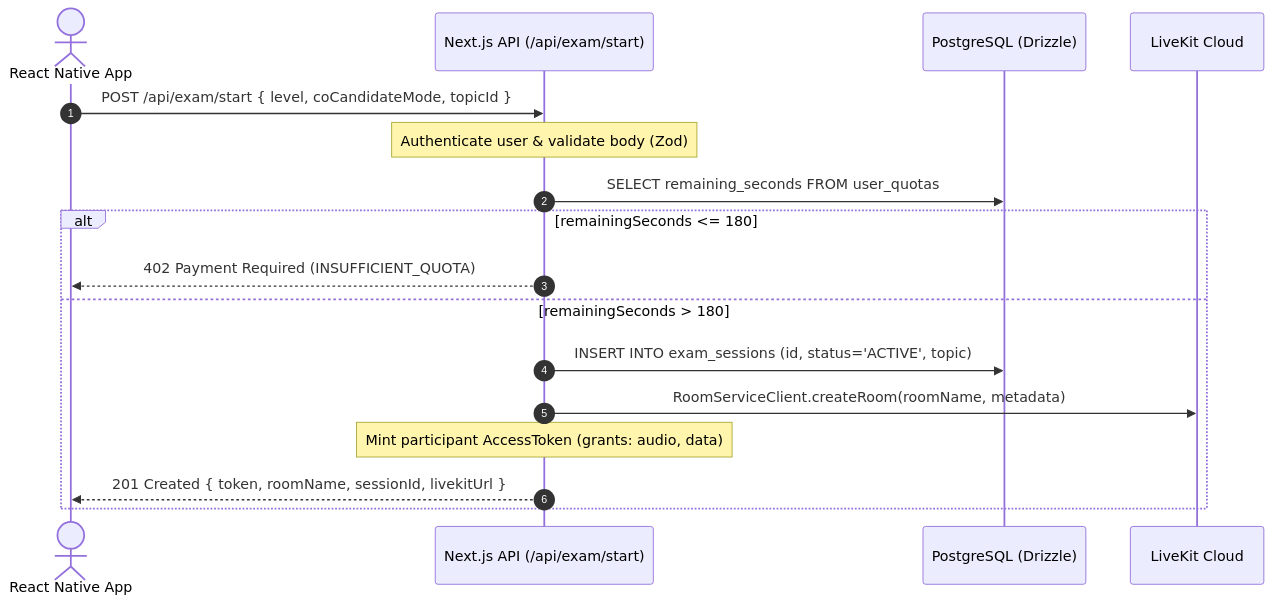
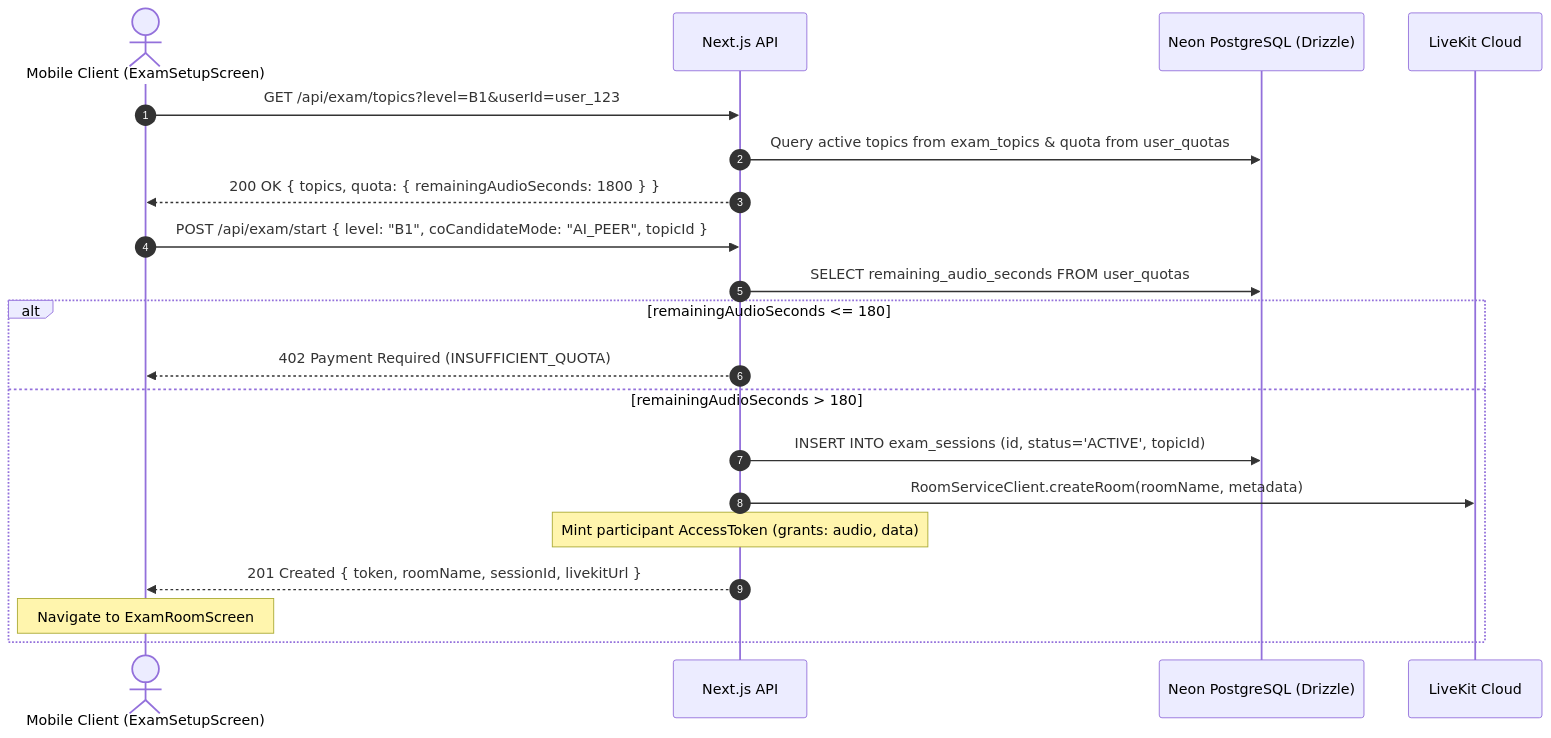
Before and after one commit to mujtabanaqvi/norsk-app: the first of 3 diagrams in docs/ARCHITECTURE.md, drawn with Mermaid. The commit also changed other lines of this file and 13 other files, not shown here.

````diff
--- a/docs/ARCHITECTURE.md
+++ b/docs/ARCHITECTURE.md
@@ -54,20 +60,24 @@
 ```mermaid
 sequenceDiagram
     autonumber
-    actor Candidate as React Native App
-    participant ControlPlane as Next.js API (/api/exam/start)
-    participant DB as PostgreSQL (Drizzle)
+    actor Candidate as Mobile Client (ExamSetupScreen)
+    participant ControlPlane as Next.js API
+    participant DB as Neon PostgreSQL (Drizzle)
     participant LiveKit as LiveKit Cloud
 
-    Candidate->>ControlPlane: POST /api/exam/start { level, coCandidateMode, topicId }
-    Note over ControlPlane: Authenticate user & validate body (Zod)
-    ControlPlane->>DB: SELECT remaining_seconds FROM user_quotas
-    alt remainingSeconds <= 180
+    Candidate->>ControlPlane: GET /api/exam/topics?level=B1&userId=user_123
+    ControlPlane->>DB: Query active topics from exam_topics & quota from user_quotas
+    ControlPlane-->>Candidate: 200 OK { topics, quota: { remainingAudioSeconds: 1800 } }
+
+    Candidate->>ControlPlane: POST /api/exam/start { level: "B1", coCandidateMode: "AI_PEER", topicId }
+    ControlPlane->>DB: SELECT remaining_audio_seconds FROM user_quotas
+    alt remainingAudioSeconds <= 180
         ControlPlane-->>Candidate: 402 Payment Required (INSUFFICIENT_QUOTA)
-    else remainingSeconds > 180
-        ControlPlane->>DB: INSERT INTO exam_sessions (id, status='ACTIVE', topic)
+    else remainingAudioSeconds > 180
+        ControlPlane->>DB: INSERT INTO exam_sessions (id, status='ACTIVE', topicId)
         ControlPlane->>LiveKit: RoomServiceClient.createRoom(roomName, metadata)
         Note over ControlPlane: Mint participant AccessToken (grants: audio, data)
         ControlPlane-->>Candidate: 201 Created { token, roomName, sessionId, livekitUrl }
+        Note over Candidate: Navigate to ExamRoomScreen
     end
 ```
````
